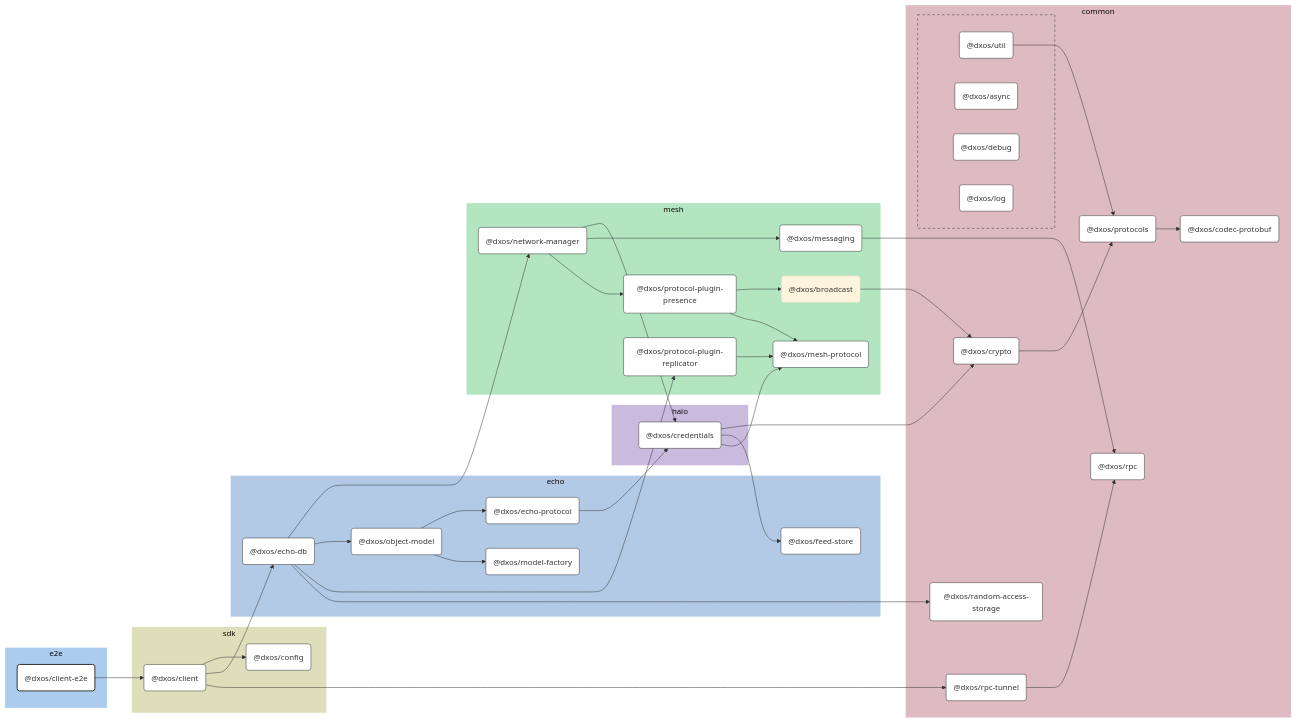
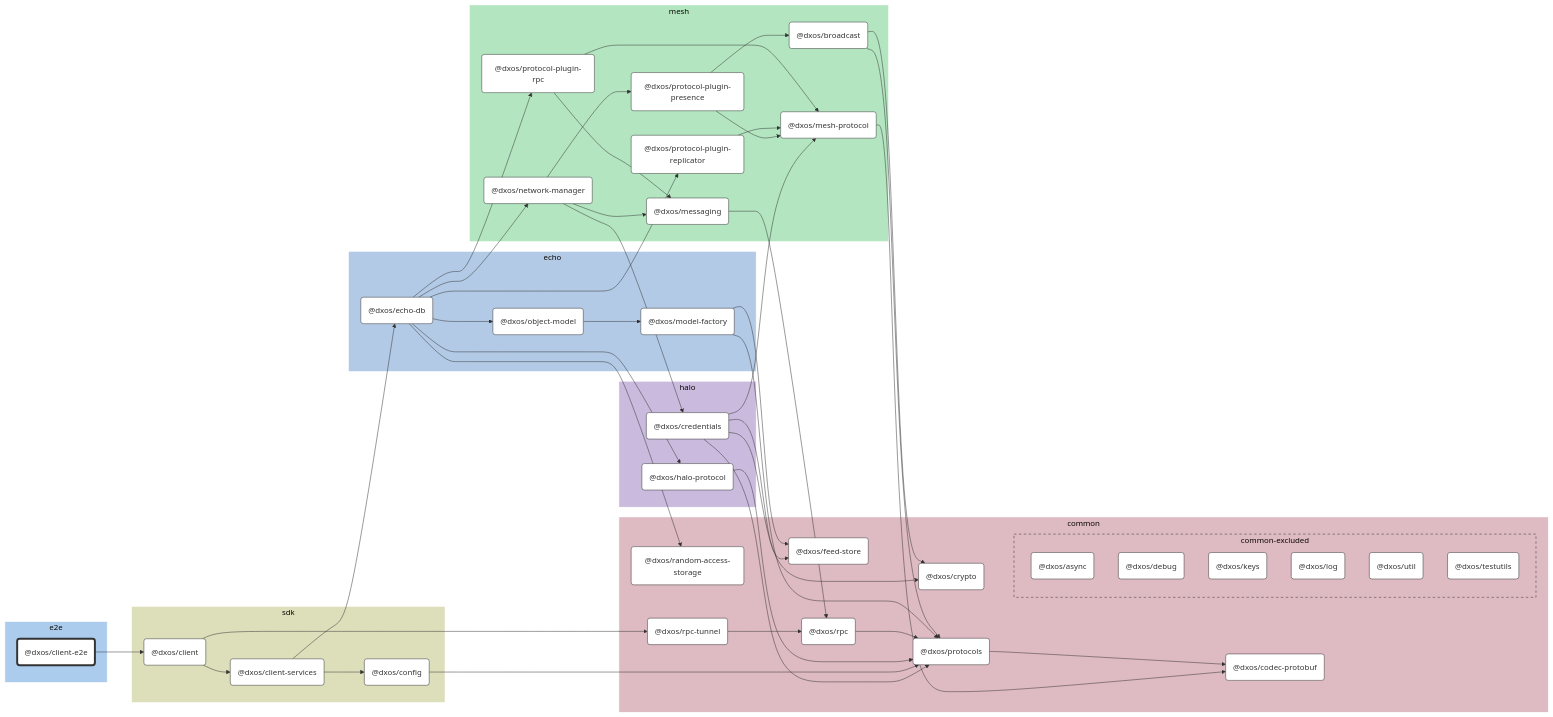
The diagram in e2e/client/docs/README.md (dxos/dxos), drawn with Mermaid (base theme) before and after one commit. The commit also changed other lines of this file and 683 other files, not shown here.

````diff
--- a/e2e/client/docs/README.md
+++ b/e2e/client/docs/README.md
@@ -9,149 +9,133 @@
 
 flowchart LR
 
-%% Links
-dxos/broadcast --> dxos/crypto;
-dxos/client --> dxos/config;
-dxos/client --> dxos/echo-db;
-dxos/client --> dxos/rpc-tunnel;
-dxos/client-e2e --> dxos/client;
-dxos/credentials --> dxos/crypto;
-dxos/credentials --> dxos/feed-store;
-dxos/credentials --> dxos/mesh-protocol;
-dxos/crypto --> dxos/protocols;
-dxos/echo-db --> dxos/network-manager;
-dxos/echo-db --> dxos/object-model;
-dxos/echo-db --> dxos/protocol-plugin-replicator;
-dxos/echo-db --> dxos/random-access-storage;
-dxos/echo-protocol --> dxos/credentials;
-dxos/messaging --> dxos/rpc;
-dxos/network-manager --> dxos/credentials;
-dxos/network-manager --> dxos/messaging;
-dxos/network-manager --> dxos/protocol-plugin-presence;
-dxos/object-model --> dxos/echo-protocol;
-dxos/object-model --> dxos/model-factory;
-dxos/protocol-plugin-presence --> dxos/broadcast;
-dxos/protocol-plugin-presence --> dxos/mesh-protocol;
-dxos/protocol-plugin-replicator --> dxos/mesh-protocol;
-dxos/protocols --> dxos/codec-protobuf;
-dxos/rpc-tunnel --> dxos/rpc;
-dxos/util --> dxos/protocols;
+%% Classes
+classDef def fill:#fff,stroke:#333,stroke-width:1px
+classDef root fill:#fff,stroke:#333,stroke-width:4px
 
-%% Sections
-subgraph e2e
-  style e2e fill:#abcced,stroke:#fff;
+%% Nodes
 
-  dxos/client-e2e("@dxos/client-e2e")
+subgraph e2e [e2e]
+  style e2e fill:#abcced,stroke:#fff
+  dxos/client-e2e("@dxos/client-e2e"):::root
+  click dxos/client-e2e "dxos/dxos/tree/main/e2e/client/docs"
 end
 
-subgraph sdk
-  style sdk fill:#dddeba,stroke:#fff;
-
-  dxos/client("@dxos/client")
-  dxos/config("@dxos/config")
+subgraph sdk [sdk]
+  style sdk fill:#dddeba,stroke:#fff
+  dxos/client("@dxos/client"):::def
+  click dxos/client "dxos/dxos/tree/main/packages/sdk/client/docs"
+  dxos/client-services("@dxos/client-services"):::def
+  click dxos/client-services "dxos/dxos/tree/main/packages/sdk/client-services/docs"
+  dxos/config("@dxos/config"):::def
+  click dxos/config "dxos/dxos/tree/main/packages/sdk/config/docs"
 end
 
-subgraph common
-  style common fill:#debac2,stroke:#fff;
+subgraph common [common]
+  style common fill:#debac2,stroke:#fff
+  dxos/codec-protobuf("@dxos/codec-protobuf"):::def
+  click dxos/codec-protobuf "dxos/dxos/tree/main/packages/common/codec-protobuf/docs"
+  dxos/crypto("@dxos/crypto"):::def
+  click dxos/crypto "dxos/dxos/tree/main/packages/common/crypto/docs"
+  dxos/feed-store("@dxos/feed-store"):::def
+  click dxos/feed-store "dxos/dxos/tree/main/packages/common/feed-store/docs"
+  dxos/protocols("@dxos/protocols"):::def
+  click dxos/protocols "dxos/dxos/tree/main/packages/common/protocols/docs"
+  dxos/rpc("@dxos/rpc"):::def
+  click dxos/rpc "dxos/dxos/tree/main/packages/common/rpc/docs"
+  dxos/random-access-storage("@dxos/random-access-storage"):::def
+  click dxos/random-access-storage "dxos/dxos/tree/main/packages/common/random-access-storage/docs"
+  dxos/rpc-tunnel("@dxos/rpc-tunnel"):::def
+  click dxos/rpc-tunnel "dxos/dxos/tree/main/packages/common/rpc-tunnel/docs"
 
-  dxos/codec-protobuf("@dxos/codec-protobuf")
-  dxos/crypto("@dxos/crypto")
-  dxos/protocols("@dxos/protocols")
-  dxos/random-access-storage("@dxos/random-access-storage")
-  dxos/rpc("@dxos/rpc")
-  dxos/rpc-tunnel("@dxos/rpc-tunnel")
-
-  subgraph common-excluded [ ]
-    style common-excluded fill:#debac2,stroke:#333,stroke-dasharray:5 5;
-
-    dxos/async("@dxos/async")
-    dxos/debug("@dxos/debug")
-    dxos/log("@dxos/log")
-    dxos/util("@dxos/util")
+  subgraph common-excluded [common-excluded]
+    style common-excluded fill:#debac2,stroke:#333,stroke-dasharray:5 5
+    dxos/async("@dxos/async"):::def
+    click dxos/async "dxos/dxos/tree/main/packages/common/async/docs"
+    dxos/debug("@dxos/debug"):::def
+    click dxos/debug "dxos/dxos/tree/main/packages/common/debug/docs"
+    dxos/keys("@dxos/keys"):::def
+    click dxos/keys "dxos/dxos/tree/main/packages/common/keys/docs"
+    dxos/log("@dxos/log"):::def
+    click dxos/log "dxos/dxos/tree/main/packages/common/log/docs"
+    dxos/util("@dxos/util"):::def
+    click dxos/util "dxos/dxos/tree/main/packages/common/util/docs"
+    dxos/testutils("@dxos/testutils"):::def
+    click dxos/testutils "dxos/dxos/tree/main/packages/common/testutils/docs"
   end
 end
 
-subgraph echo
-  style echo fill:#b3cae6,stroke:#fff;
-
-  dxos/echo-db("@dxos/echo-db")
-  dxos/echo-protocol("@dxos/echo-protocol")
-  dxos/feed-store("@dxos/feed-store")
-  dxos/model-factory("@dxos/model-factory")
-  dxos/object-model("@dxos/object-model")
+subgraph halo [halo]
+  style halo fill:#cabade,stroke:#fff
+  dxos/credentials("@dxos/credentials"):::def
+  click dxos/credentials "dxos/dxos/tree/main/packages/halo/credentials/docs"
+  dxos/halo-protocol("@dxos/halo-protocol"):::def
+  click dxos/halo-protocol "dxos/dxos/tree/main/packages/halo/halo-protocol/docs"
 end
 
-subgraph halo
-  style halo fill:#cabade,stroke:#fff;
-
-  dxos/credentials("@dxos/credentials")
+subgraph mesh [mesh]
+  style mesh fill:#b3e6c0,stroke:#fff
+  dxos/mesh-protocol("@dxos/mesh-protocol"):::def
+  click dxos/mesh-protocol "dxos/dxos/tree/main/packages/mesh/mesh-protocol/docs"
+  dxos/messaging("@dxos/messaging"):::def
+  click dxos/messaging "dxos/dxos/tree/main/packages/mesh/messaging/docs"
+  dxos/network-manager("@dxos/network-manager"):::def
+  click dxos/network-manager "dxos/dxos/tree/main/packages/mesh/network-manager/docs"
+  dxos/protocol-plugin-presence("@dxos/protocol-plugin-presence"):::def
+  click dxos/protocol-plugin-presence "dxos/dxos/tree/main/packages/mesh/protocol-plugin-presence/docs"
+  dxos/broadcast("@dxos/broadcast"):::def
+  click dxos/broadcast "dxos/dxos/tree/main/packages/mesh/broadcast/docs"
+  dxos/protocol-plugin-replicator("@dxos/protocol-plugin-replicator"):::def
+  click dxos/protocol-plugin-replicator "dxos/dxos/tree/main/packages/mesh/protocol-plugin-replicator/docs"
+  dxos/protocol-plugin-rpc("@dxos/protocol-plugin-rpc"):::def
+  click dxos/protocol-plugin-rpc "dxos/dxos/tree/main/packages/mesh/protocol-plugin-rpc/docs"
 end
 
-subgraph mesh
-  style mesh fill:#b3e6c0,stroke:#fff;
-
-  dxos/broadcast("@dxos/broadcast")
-  dxos/mesh-protocol("@dxos/mesh-protocol")
-  dxos/messaging("@dxos/messaging")
-  dxos/network-manager("@dxos/network-manager")
-  dxos/protocol-plugin-presence("@dxos/protocol-plugin-presence")
-  dxos/protocol-plugin-replicator("@dxos/protocol-plugin-replicator")
+subgraph echo [echo]
+  style echo fill:#b3cae6,stroke:#fff
+  dxos/echo-db("@dxos/echo-db"):::def
+  click dxos/echo-db "dxos/dxos/tree/main/packages/echo/echo-db/docs"
+  dxos/model-factory("@dxos/model-factory"):::def
+  click dxos/model-factory "dxos/dxos/tree/main/packages/echo/model-factory/docs"
+  dxos/object-model("@dxos/object-model"):::def
+  click dxos/object-model "dxos/dxos/tree/main/packages/echo/object-model/docs"
 end
 
-
-%% Hyperlinks
-click dxos/async "dxos/dxos/tree/main/packages/common/async/docs";
-click dxos/client "dxos/dxos/tree/main/packages/sdk/client/docs";
-click dxos/codec-protobuf "dxos/dxos/tree/main/packages/common/codec-protobuf/docs";
-click dxos/config "dxos/dxos/tree/main/packages/sdk/config/docs";
-click dxos/credentials "dxos/dxos/tree/main/packages/halo/credentials/docs";
-click dxos/crypto "dxos/dxos/tree/main/packages/common/crypto/docs";
-click dxos/debug "dxos/dxos/tree/main/packages/common/debug/docs";
-click dxos/echo-db "dxos/dxos/tree/main/packages/echo/echo-db/docs";
-click dxos/echo-protocol "dxos/dxos/tree/main/packages/echo/echo-protocol/docs";
-click dxos/feed-store "dxos/dxos/tree/main/packages/echo/feed-store/docs";
-click dxos/log "dxos/dxos/tree/main/packages/common/log/docs";
-click dxos/mesh-protocol "dxos/dxos/tree/main/packages/mesh/mesh-protocol/docs";
-click dxos/messaging "dxos/dxos/tree/main/packages/mesh/messaging/docs";
-click dxos/model-factory "dxos/dxos/tree/main/packages/echo/model-factory/docs";
-click dxos/network-manager "dxos/dxos/tree/main/packages/mesh/network-manager/docs";
-click dxos/object-model "dxos/dxos/tree/main/packages/echo/object-model/docs";
-click dxos/protocol-plugin-presence "dxos/dxos/tree/main/packages/mesh/protocol-plugin-presence/docs";
-click dxos/protocol-plugin-replicator "dxos/dxos/tree/main/packages/mesh/protocol-plugin-replicator/docs";
-click dxos/protocols "dxos/dxos/tree/main/packages/common/protocols/docs";
-click dxos/random-access-storage "dxos/dxos/tree/main/packages/common/random-access-storage/docs";
-click dxos/rpc "dxos/dxos/tree/main/packages/common/rpc/docs";
-click dxos/rpc-tunnel "dxos/dxos/tree/main/packages/common/rpc-tunnel/docs";
-click dxos/util "dxos/dxos/tree/main/packages/common/util/docs";
-
-%% Styles
-classDef rootNode fill:#fff,stroke:#333,stroke-width:2px
-classDef defaultNode fill:#fff,stroke:#333,stroke-width:1px
+%% Links
 linkStyle default stroke:#333,stroke-width:1px
-
-dxos/client-e2e:::rootNode
-
-dxos/async:::defaultNode
-dxos/client:::defaultNode
-dxos/codec-protobuf:::defaultNode
-dxos/config:::defaultNode
-dxos/credentials:::defaultNode
-dxos/crypto:::defaultNode
-dxos/debug:::defaultNode
-dxos/echo-db:::defaultNode
-dxos/echo-protocol:::defaultNode
-dxos/feed-store:::defaultNode
-dxos/log:::defaultNode
-dxos/mesh-protocol:::defaultNode
-dxos/messaging:::defaultNode
-dxos/model-factory:::defaultNode
-dxos/network-manager:::defaultNode
-dxos/object-model:::defaultNode
-dxos/protocol-plugin-presence:::defaultNode
-dxos/protocol-plugin-replicator:::defaultNode
-dxos/protocols:::defaultNode
-dxos/random-access-storage:::defaultNode
-dxos/rpc:::defaultNode
-dxos/rpc-tunnel:::defaultNode
-dxos/util:::defaultNode
+dxos/client-e2e --> dxos/client
+dxos/client --> dxos/client-services
+dxos/credentials --> dxos/crypto
+dxos/credentials --> dxos/feed-store
+dxos/credentials --> dxos/mesh-protocol
+dxos/mesh-protocol --> dxos/codec-protobuf
+dxos/credentials --> dxos/protocols
+dxos/protocols --> dxos/codec-protobuf
+dxos/client-services --> dxos/config
+dxos/config --> dxos/protocols
+dxos/client-services --> dxos/echo-db
+dxos/echo-db --> dxos/halo-protocol
+dxos/halo-protocol --> dxos/protocols
+dxos/messaging --> dxos/rpc
+dxos/rpc --> dxos/protocols
+dxos/model-factory --> dxos/feed-store
+dxos/model-factory --> dxos/protocols
+dxos/echo-db --> dxos/network-manager
+dxos/network-manager --> dxos/credentials
+dxos/network-manager --> dxos/messaging
+dxos/network-manager --> dxos/protocol-plugin-presence
+dxos/protocol-plugin-presence --> dxos/broadcast
+dxos/broadcast --> dxos/crypto
+dxos/broadcast --> dxos/protocols
+dxos/protocol-plugin-presence --> dxos/mesh-protocol
+dxos/echo-db --> dxos/object-model
+dxos/object-model --> dxos/model-factory
+dxos/echo-db --> dxos/protocol-plugin-replicator
+dxos/protocol-plugin-replicator --> dxos/mesh-protocol
+dxos/echo-db --> dxos/random-access-storage
+dxos/echo-db --> dxos/protocol-plugin-rpc
+dxos/protocol-plugin-rpc --> dxos/messaging
+dxos/protocol-plugin-rpc --> dxos/mesh-protocol
+dxos/client --> dxos/rpc-tunnel
+dxos/rpc-tunnel --> dxos/rpc
 ```
````
